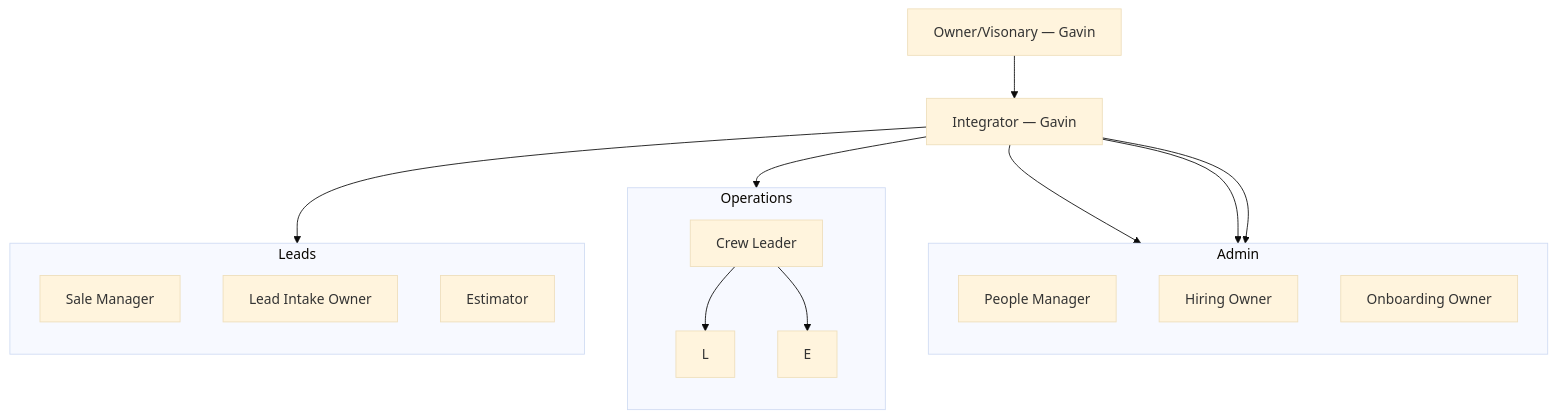
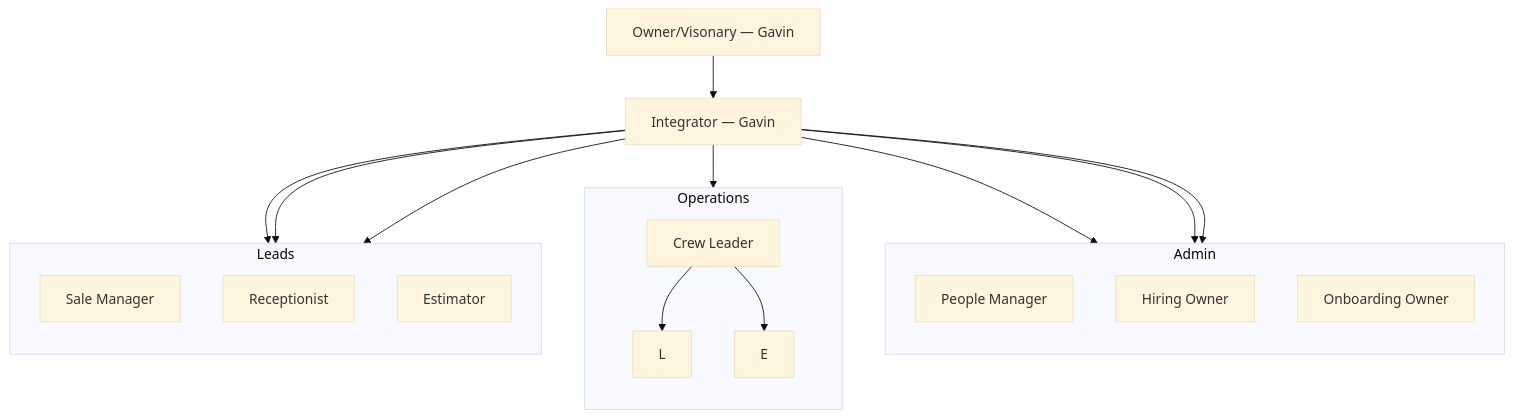
The diagram in TLC-OS/03 Org Chart/org-chart.md (Gavin-is-trying/Hobbes_), drawn with Mermaid (base theme) before and after one commit.

Commit message:
Update organization chart lead roles

````diff
--- a/TLC-OS/03 Org Chart/org-chart.md
+++ b/TLC-OS/03 Org Chart/org-chart.md
@@ -3,40 +3,42 @@
 ```mermaid
 flowchart TD
     A["Owner/Visonary — Gavin"]
     B["Integrator — Gavin"]
 
     subgraph AA["Admin"]
         direction TB
         C1["People Manager"]
         C2["Hiring Owner"]
         C3["Onboarding Owner"]
 
     end
 
     subgraph BB["Operations"]
         direction TB
         D["Crew Leader"]
         l["L"]
         e["E"]
 
         D --> l
         D --> e
 
     end
 
    subgraph CC["Leads"]
         direction TB
-        E["Sale Manager"]
-        leadIntakeOwner["Lead Intake Owner"]
-        estimator["Estimator"]
+        E1["Sale Manager"]
+        E2["Receptionist"]
+        E3["Estimator"]
 
     end
 
 
     A --> B
     B --> C1
     B --> C2
     B --> C3
     B --> D
-    B --> E
+    B --> E1
+    B --> E2
+    B --> E3
 ```
````
